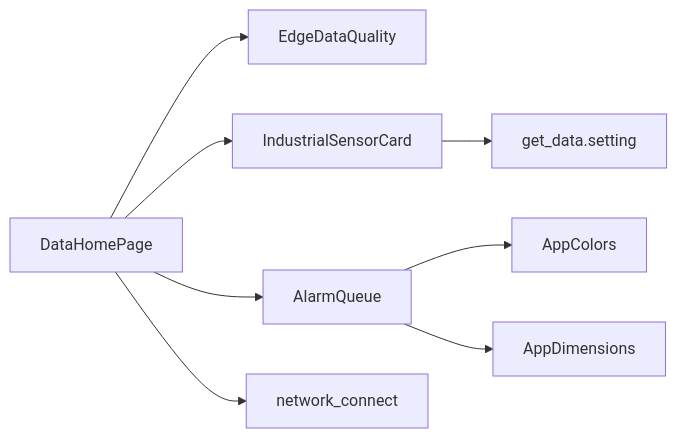
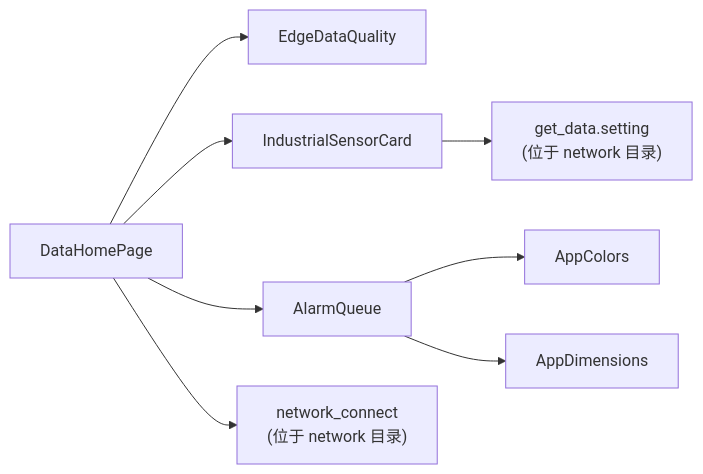
Diagram 12 of 12 in .qoder/repowiki/zh/content/数据监控系统/数据质量监控.md (Neonrey-hub/SmartController), drawn with Mermaid before and after one commit. The commit also changed other lines of this file and 16 other files, not shown here.

````diff
--- a/.qoder/repowiki/zh/content/数据监控系统/数据质量监控.md
+++ b/.qoder/repowiki/zh/content/数据监控系统/数据质量监控.md
@@ -423,10 +499,10 @@
 ```mermaid
 graph LR
 DH["DataHomePage"] --> EDQ["EdgeDataQuality"]
 DH --> ISC["IndustrialSensorCard"]
 DH --> AQL["AlarmQueue"]
-ISC --> GD["get_data.setting"]
+ISC --> GD["get_data.setting<br/>(位于 network 目录)"]
 AQL --> AC["AppColors"]
 AQL --> AD["AppDimensions"]
-DH --> NC["network_connect"]
+DH --> NC["network_connect<br/>(位于 network 目录)"]
 ```
````
